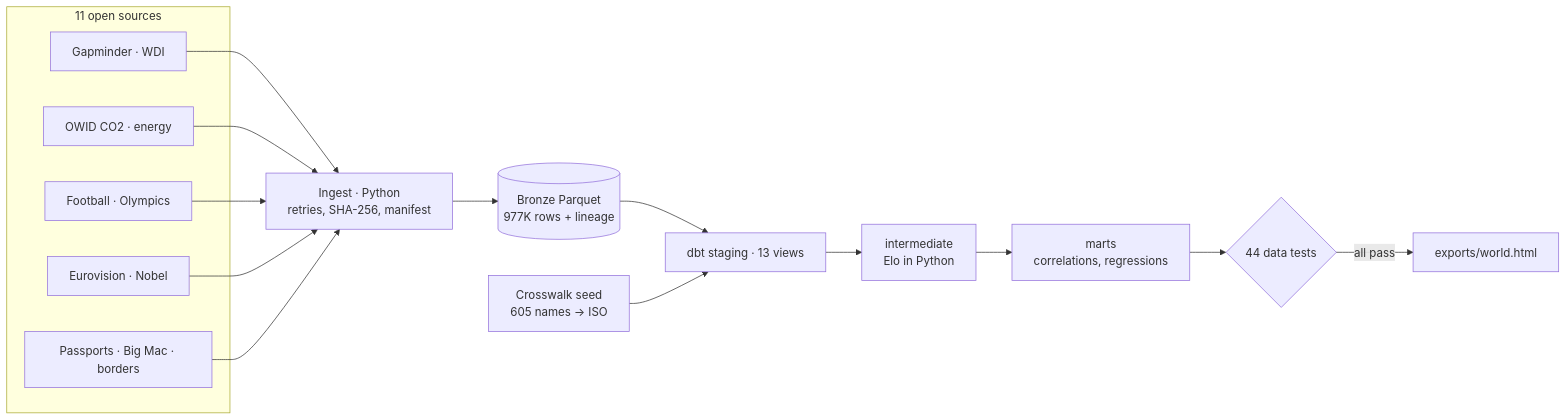
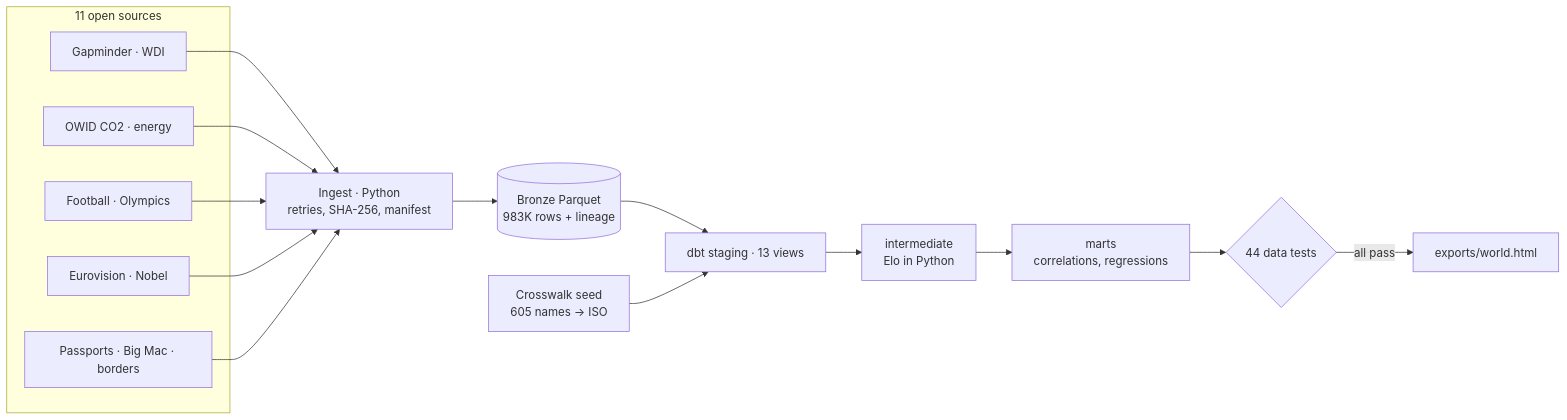
The diagram in README.md (hanialnaber/connected-world), drawn with Mermaid before and after one commit. The commit also changed other lines of this file and 8 other files, not shown here.

````diff
--- a/README.md
+++ b/README.md
@@ -27,18 +28,18 @@
 ```mermaid
 flowchart LR
     subgraph Sources [11 open sources]
         G[Gapminder · WDI]
         O[OWID CO2 · energy]
         S[Football · Olympics]
         C[Eurovision · Nobel]
         P[Passports · Big Mac · borders]
     end
     G & O & S & C & P --> X[Ingest · Python<br/>retries, SHA-256, manifest]
-    X --> B[(Bronze Parquet<br/>977K rows + lineage)]
+    X --> B[(Bronze Parquet<br/>983K rows + lineage)]
     B --> ST[dbt staging · 13 views]
     K[Crosswalk seed<br/>605 names → ISO] --> ST
     ST --> I[intermediate<br/>Elo in Python]
     I --> M[marts<br/>correlations, regressions]
     M --> T{44 data tests}
     T -->|all pass| E[exports/world.html]
 ```
````
